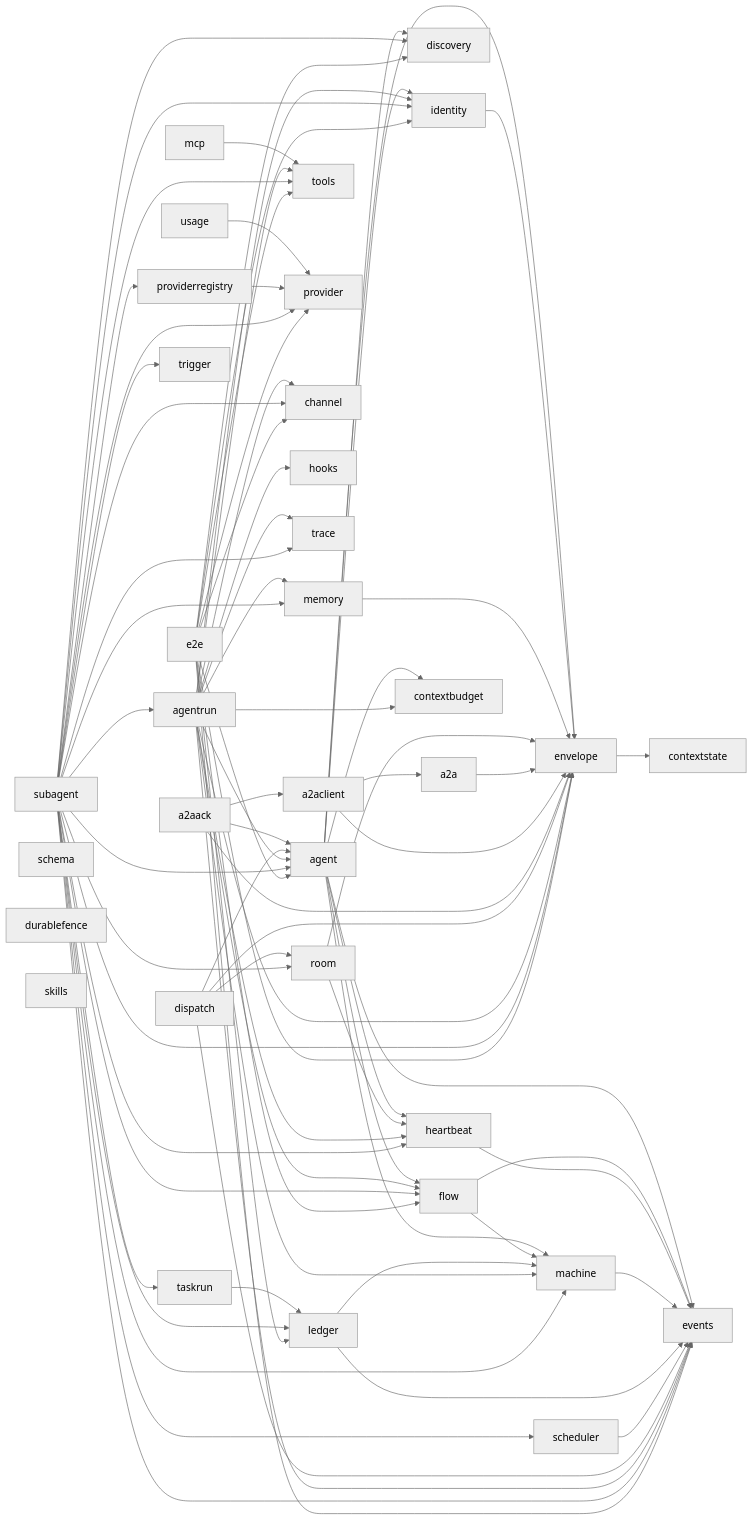
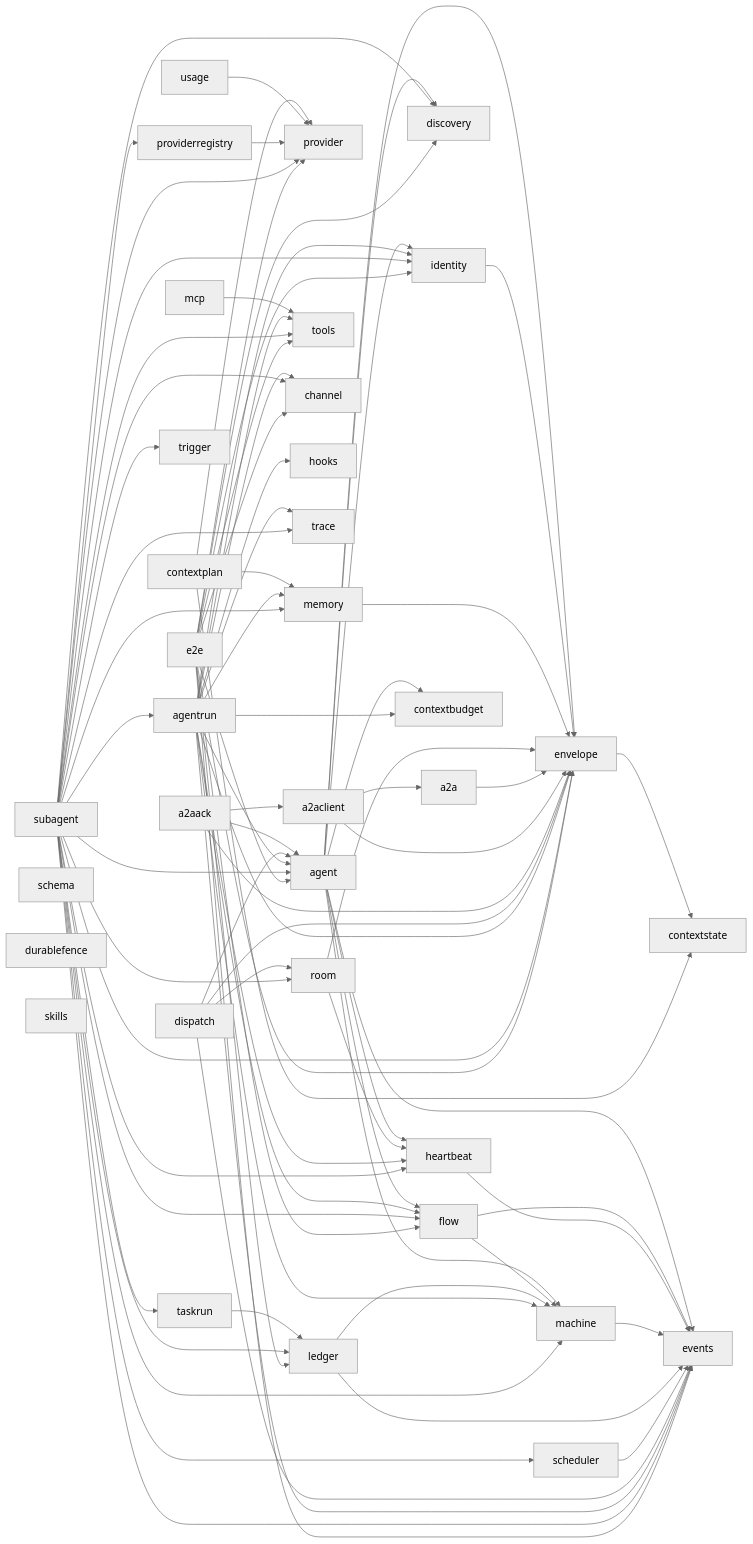
Before and after one commit to MiviaLabs/mivia-ai-sdk: the first of 2 diagrams in docs/architecture.md, drawn with Mermaid (neutral theme). The commit also changed other lines of this file and 11 other files, not shown here.

```diff
--- a/docs/architecture.md
+++ b/docs/architecture.md
@@ -36,6 +38,9 @@
     agent --> heartbeat
     agent --> contextbudget
     envelope --> contextstate
+    contextplan --> contextstate
+    contextplan --> provider
+    contextplan --> memory
     flow --> events
     flow --> machine
     heartbeat --> events
```
